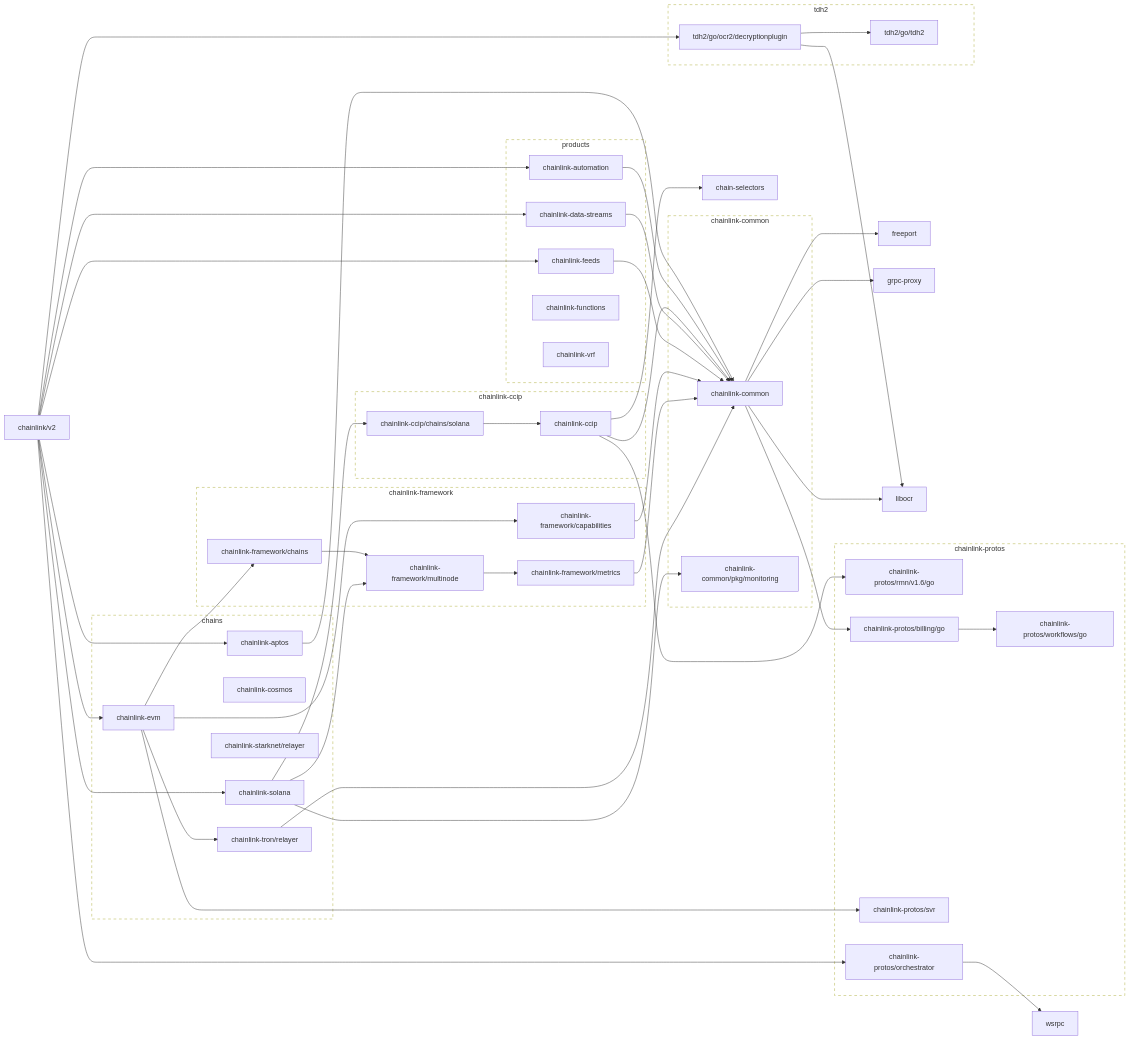
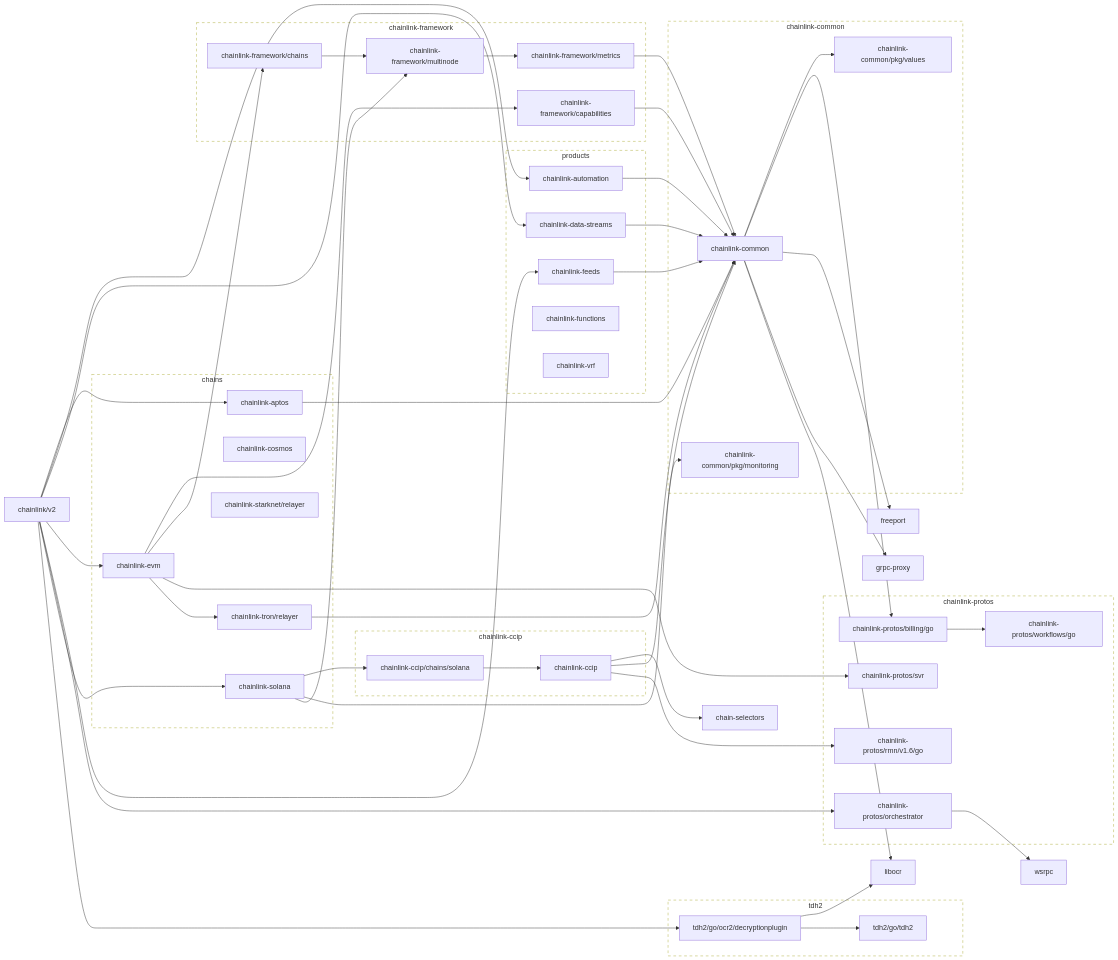
One commit to JohnDaWalka/chainlink changed the first of 2 diagrams in go.md. Above: the diagram before and after it, drawn with Mermaid. The commit also changed other lines of this file and 17 other files, not shown here.

First line of the commit message:
Update to use common with CRE protos from chainlink-protos (#18293)

```diff
--- a/go.md
+++ b/go.md
@@ -34,6 +34,7 @@
 	click chainlink-ccip href "https://github.com/smartcontractkit/chainlink-ccip"
 	chainlink-ccip/chains/solana --> chainlink-ccip
 	click chainlink-ccip/chains/solana href "https://github.com/smartcontractkit/chainlink-ccip"
+	chainlink-common --> chainlink-common/pkg/values
 	chainlink-common --> chainlink-protos/billing/go
 	chainlink-common --> freeport
 	chainlink-common --> grpc-proxy
@@ -41,6 +42,8 @@
 	click chainlink-common href "https://github.com/smartcontractkit/chainlink-common"
 	chainlink-common/pkg/monitoring
 	click chainlink-common/pkg/monitoring href "https://github.com/smartcontractkit/chainlink-common"
+	chainlink-common/pkg/values
+	click chainlink-common/pkg/values href "https://github.com/smartcontractkit/chainlink-common"
 	chainlink-data-streams --> chainlink-common
 	click chainlink-data-streams href "https://github.com/smartcontractkit/chainlink-data-streams"
 	chainlink-evm --> chainlink-framework/capabilities
@@ -106,6 +109,7 @@
 	subgraph chainlink-common-repo[chainlink-common]
 		 chainlink-common
 		 chainlink-common/pkg/monitoring
+		 chainlink-common/pkg/values
 	end
 	click chainlink-common-repo href "https://github.com/smartcontractkit/chainlink-common"
 
```
